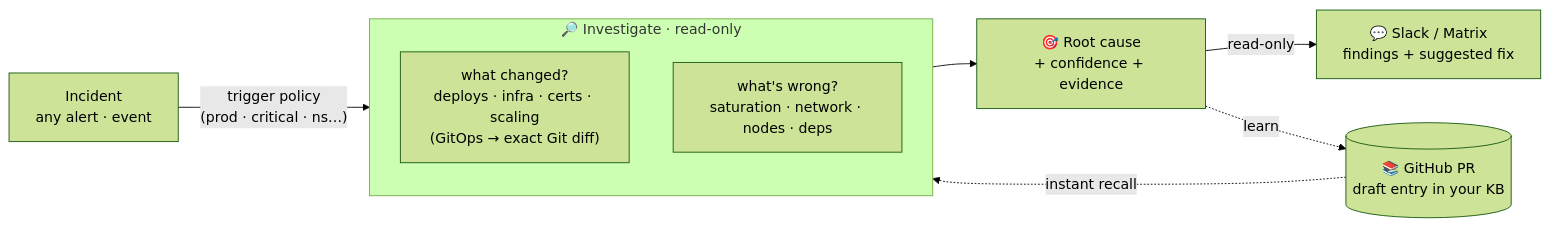
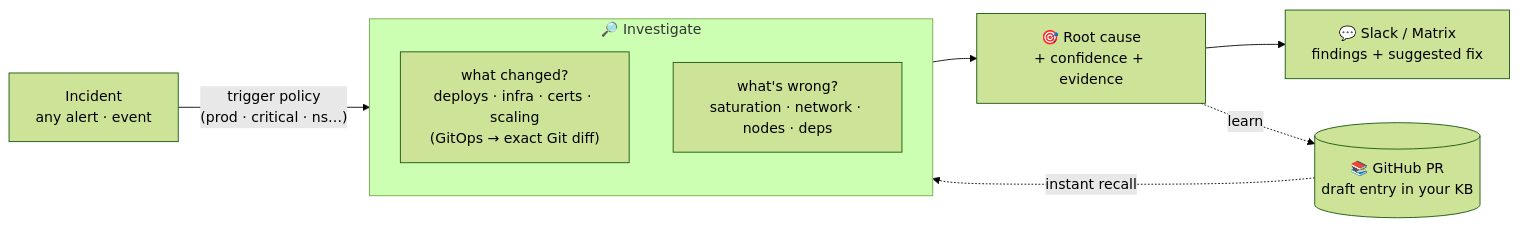
The first of 2 diagrams in README.md (Smana/runlore), drawn with Mermaid (forest theme) before and after one commit. The commit also changed other lines of this file, not shown here.

Commit message:
docs(readme): soften read-only framing, add note with roadmap hint

````diff
--- a/README.md
+++ b/README.md
@@ -41,13 +44,13 @@
 ```mermaid
 flowchart LR
     A["Incident<br/>any alert · event"] -->|"trigger policy<br/>(prod · critical · ns…)"| B
-    subgraph B["🔎 Investigate · read-only"]
+    subgraph B["🔎 Investigate"]
       direction TB
       W["what changed?<br/>deploys · infra · certs · scaling<br/>(GitOps → exact Git diff)"]
       C["what's wrong?<br/>saturation · network · nodes · deps"]
     end
     B --> R["🎯 Root cause<br/>+ confidence + evidence"]
-    R -->|"read-only"| D["💬 Slack / Matrix<br/>findings + suggested fix"]
+    R --> D["💬 Slack / Matrix<br/>findings + suggested fix"]
     R -. learn .-> K[("📚 GitHub PR<br/>draft entry in your KB")]
     K -. instant recall .-> B
 ```
````
